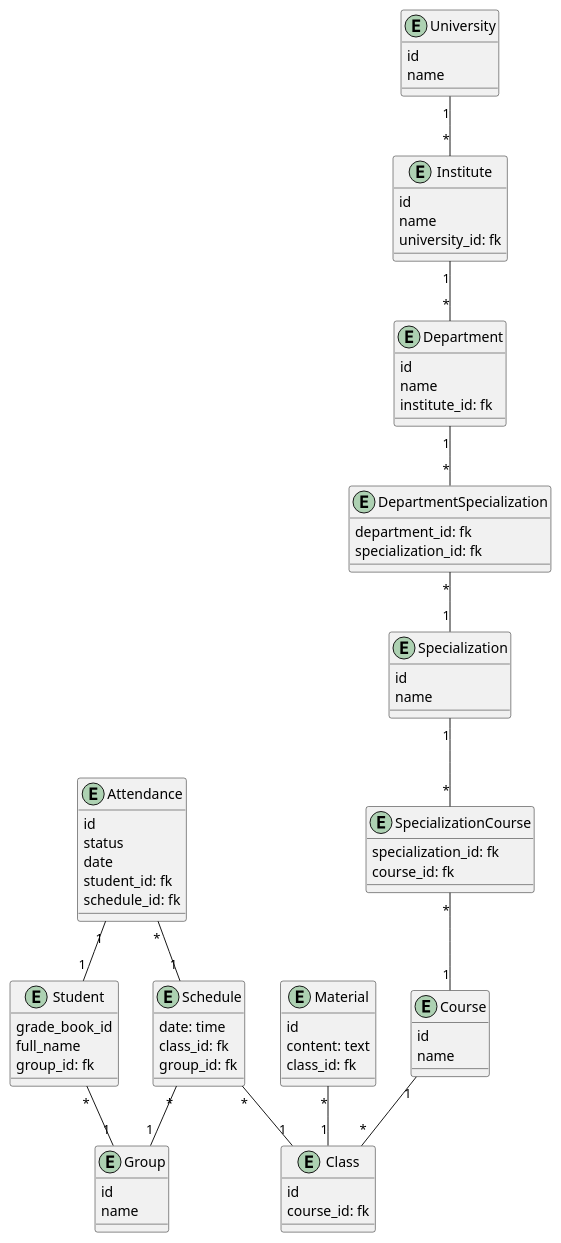
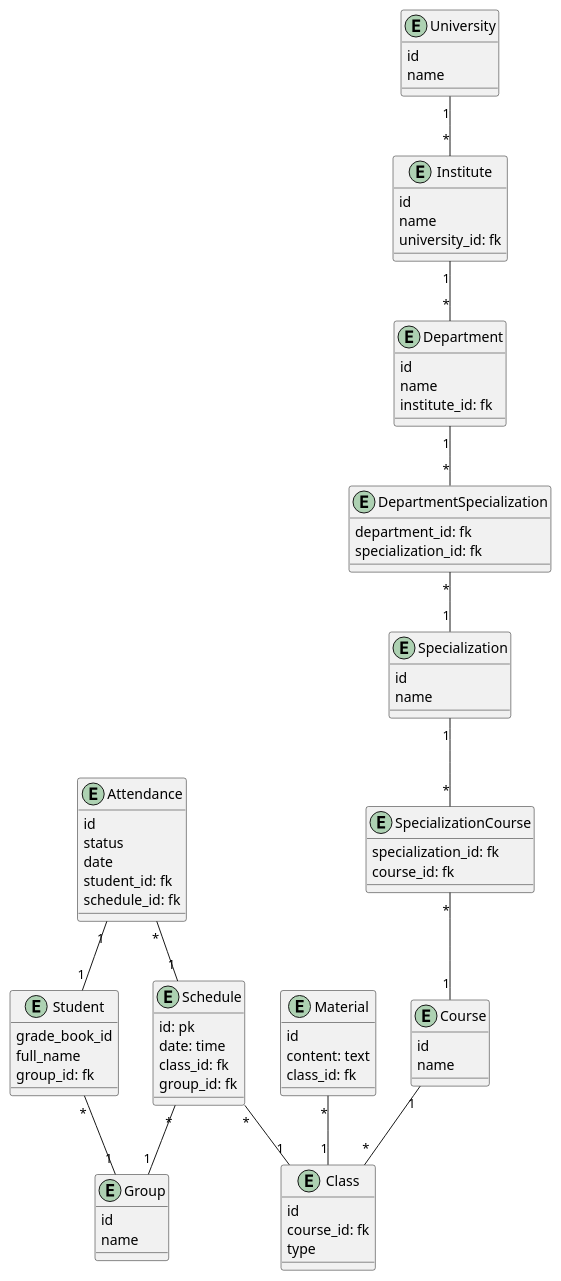
One commit to ruslanonly/university-student-managment-system changed the diagram in assets/model.puml. Above: the diagram before and after it, drawn with PlantUML. The commit also changed 2 other files, not shown here.

```diff
--- a/assets/model.puml
+++ b/assets/model.puml
@@ -1,99 +1,101 @@
 @startuml
 
 entity Department {
   id
   name
   institute_id: fk
 }
 
 entity Group {
   id
   name
 }
 
 entity Student {
   grade_book_id
   full_name
   group_id: fk
 }
 
 entity Course {
   id
   name
 }
 
 entity Schedule {
+  id: pk
   date: time
   class_id: fk
   group_id: fk
 }
 
 entity Class {
   id 
   course_id: fk
+  type
 }
 
 entity Material {
   id
   content: text
   class_id: fk
 }
 
 entity Attendance {
   id 
   status
   date
   student_id: fk
   schedule_id: fk
 }
 
 entity Specialization {
   id
   name
 }
 
 entity Institute {
   id 
   name
   university_id: fk
 }
 
 entity University {
   id
   name
 }
 
 entity DepartmentSpecialization {
   department_id: fk
   specialization_id: fk
 }
 
 entity SpecializationCourse {
   specialization_id: fk
   course_id: fk
 }
 
 Material "*" -- "1" Class
 
 Schedule "*" -- "1" Class
 Schedule "*" -- "1" Group
 
 Attendance "*" -- "1" Schedule
 Attendance "1" -- "1" Student
 
 Student "*" -- "1" Group
 
 Course "1" -- "*" Class
 
 University "1" -- "*" Institute
 
 Institute "1" -- "*" Department
 
 Department "1" -- "*" DepartmentSpecialization
 
 DepartmentSpecialization "*" -- "1" Specialization
 
 Specialization "1" -- "*" SpecializationCourse
 SpecializationCourse "*" -- "1" Course
 
 @enduml
```
